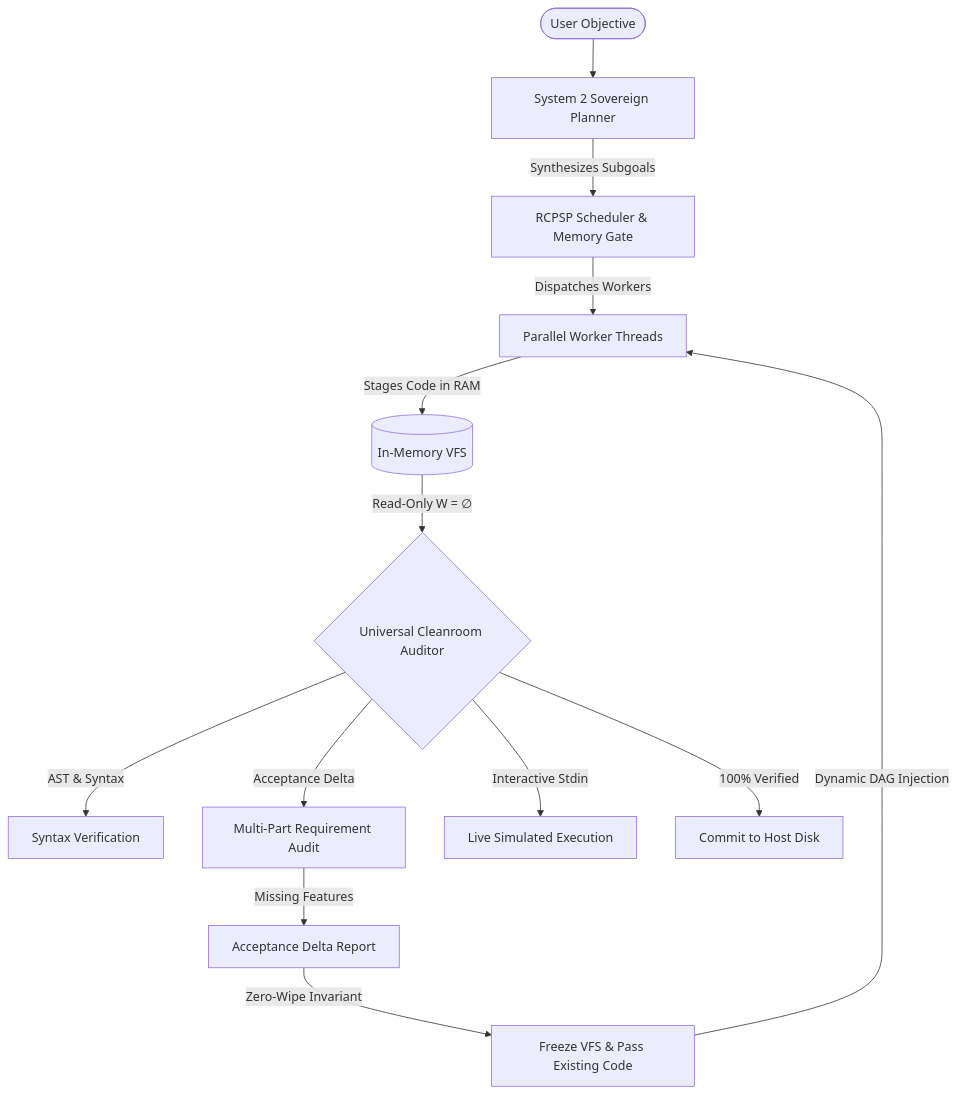
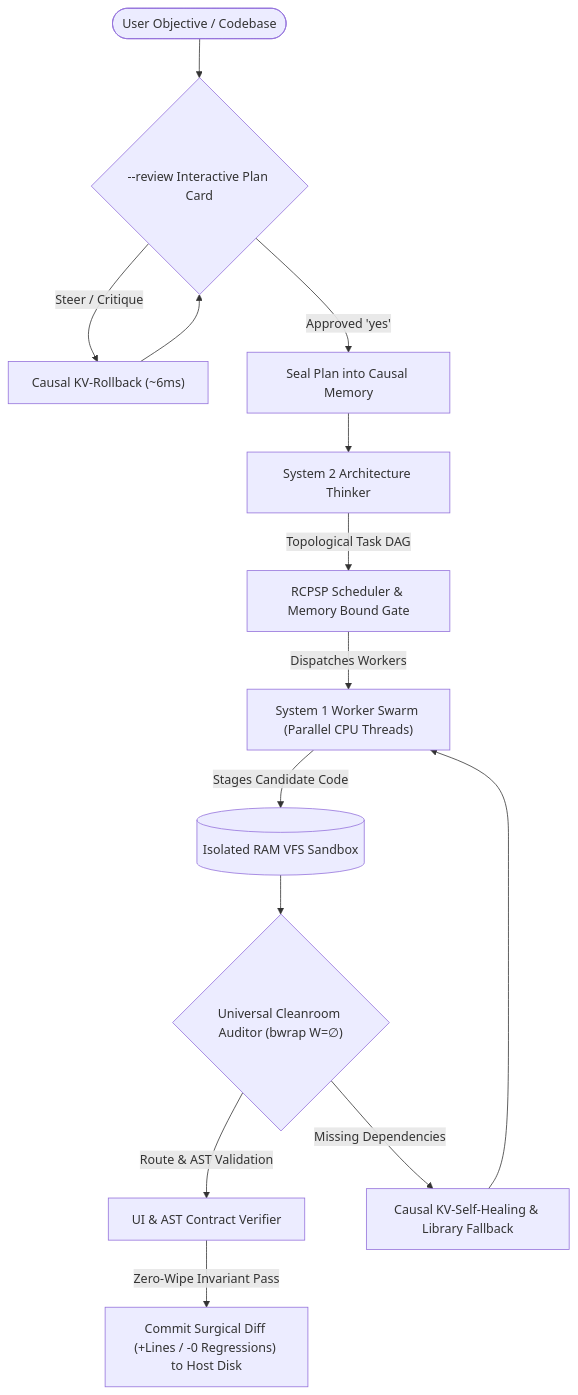
One commit to ielfeqi-rgb/omni_engine changed the diagram in README.md. Above: the diagram before and after it, drawn with Mermaid. The commit also changed other lines of this file and 3 other files, not shown here.

Commit message:
docs: complete repository presentation overhaul, agent integration specification (AGENTS.md / llms.txt), and grounded systems roadmap

````diff
--- a/README.md
+++ b/README.md
@@ -78,18 +62,20 @@
 ```mermaid
-graph TD
-    Goal([User Objective]) --> Thinker[System 2 Sovereign Planner]
-    Thinker -->|Synthesizes Subgoals| DAG[RCPSP Scheduler & Memory Gate]
-    DAG -->|Dispatches Workers| Swarm[Parallel Worker Threads]
-    Swarm -->|Stages Code in RAM| VFS[(In-Memory VFS)]
+flowchart TD
+    User([User Objective / Codebase]) --> Review{"--review Interactive Plan Card"}
+    Review -->|Steer / Critique| Rollback["Causal KV-Rollback (~6ms)"]
+    Rollback --> Review
+    Review -->|Approved 'yes'| Sealed["Seal Plan into Causal Memory"]
     
-    VFS -->|Read-Only W = ∅| Cleanroom{Universal Cleanroom Auditor}
-    Cleanroom -->|AST & Syntax| Mode2[Syntax Verification]
-    Cleanroom -->|Acceptance Delta| Mode4[Multi-Part Requirement Audit]
-    Cleanroom -->|Interactive Stdin| Mode3[Live Simulated Execution]
+    Sealed --> Thinker["System 2 Architecture Thinker"]
+    Thinker -->|Topological Task DAG| Scheduler["RCPSP Scheduler & Memory Bound Gate"]
     
-    Mode4 -->|Missing Features| DeltaReport[Acceptance Delta Report]
-    DeltaReport -->|Zero-Wipe Invariant| Invariant[Freeze VFS & Pass Existing Code]
-    Invariant -->|Dynamic DAG Injection| Swarm
+    Scheduler -->|Dispatches Workers| Workers["System 1 Worker Swarm (Parallel CPU Threads)"]
+    Workers -->|Stages Candidate Code| RAMVFS[("Isolated RAM VFS Sandbox")]
     
-    Cleanroom -->|100% Verified| HostDisk[Commit to Host Disk]
+    RAMVFS --> Cleanroom{"Universal Cleanroom Auditor (bwrap W=∅)"}
+    Cleanroom -->|Route & AST Validation| UIVal["UI & AST Contract Verifier"]
+    Cleanroom -->|Missing Dependencies| SelfHealing["Causal KV-Self-Healing & Library Fallback"]
+    SelfHealing --> Workers
+    
+    UIVal -->|Zero-Wipe Invariant Pass| DiskCommit["Commit Surgical Diff (+Lines / -0 Regressions) to Host Disk"]
 ```
````
